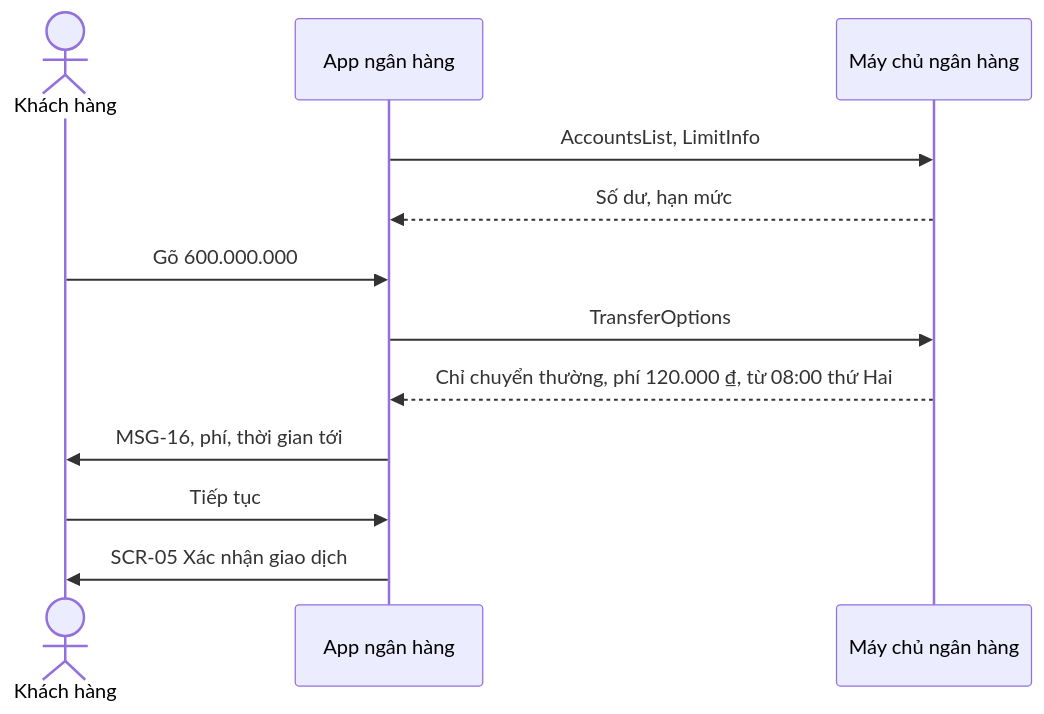
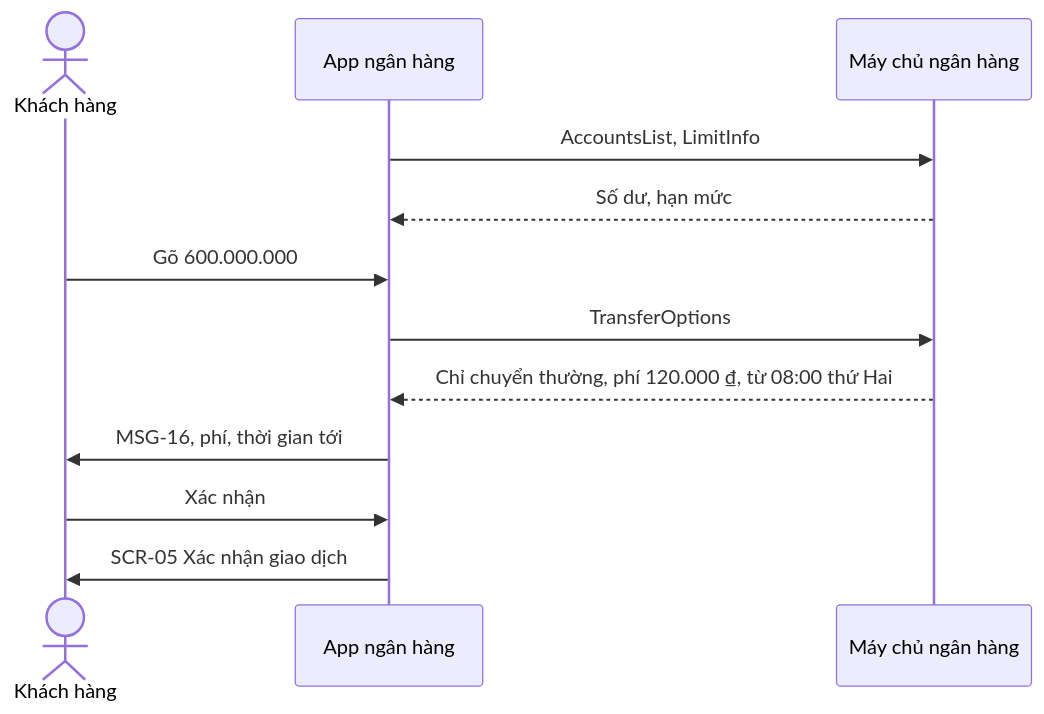
One commit to uxfoundation-vn/de07-chuyen-khoan-ngan-hang changed diagram 13 of 15 in docs/SRS.md. Above: the diagram before and after it, drawn with Mermaid. The commit also changed other lines of this file and 2 other files, not shown here.

First line of the commit message:
Đề 7: bấm Xác nhận ở màn chọn số tiền rồi mới xem lại giao dịch

````diff
--- a/docs/SRS.md
+++ b/docs/SRS.md
@@ -836,14 +836,14 @@
 ```mermaid
 sequenceDiagram
   actor K as Khách hàng
   participant App as App ngân hàng
   participant API as Máy chủ ngân hàng
   App->>API: AccountsList, LimitInfo
   API-->>App: Số dư, hạn mức
   K->>App: Gõ 600.000.000
   App->>API: TransferOptions
   API-->>App: Chỉ chuyển thường, phí 120.000 ₫, từ 08:00 thứ Hai
   App->>K: MSG-16, phí, thời gian tới
-  K->>App: Tiếp tục
+  K->>App: Xác nhận
   App->>K: SCR-05 Xác nhận giao dịch
 ```
````
